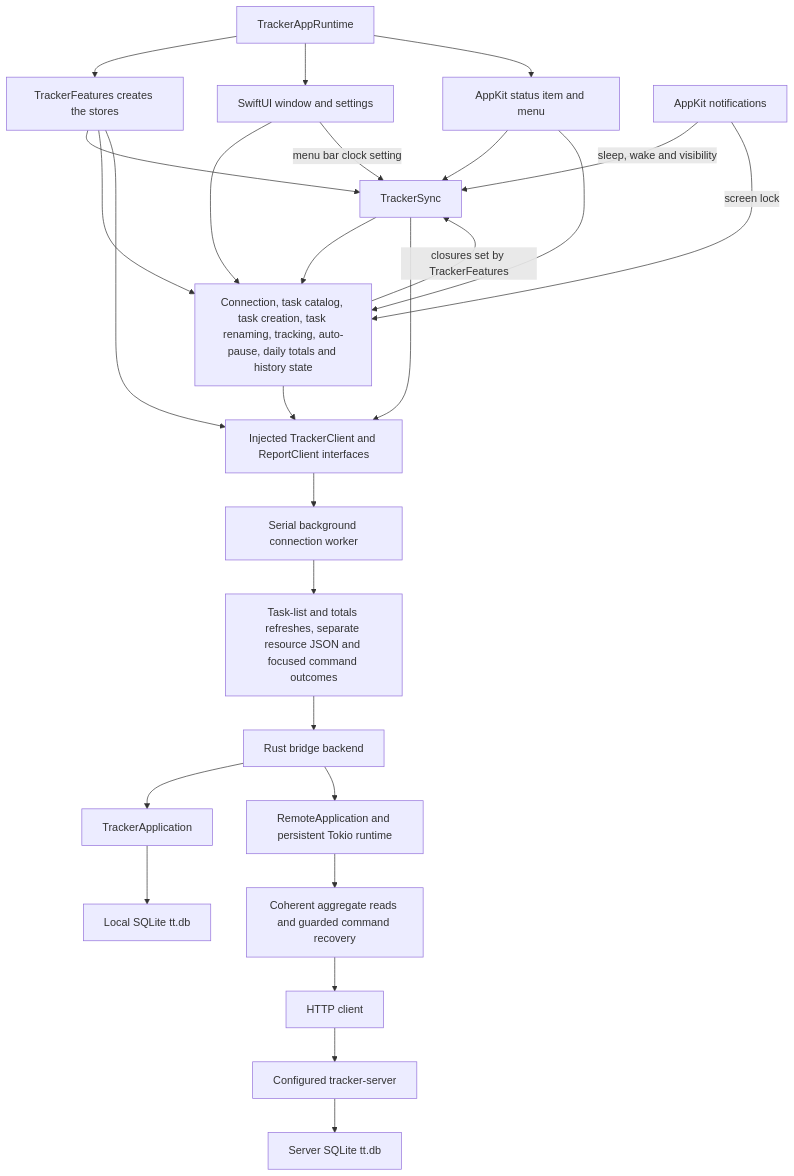
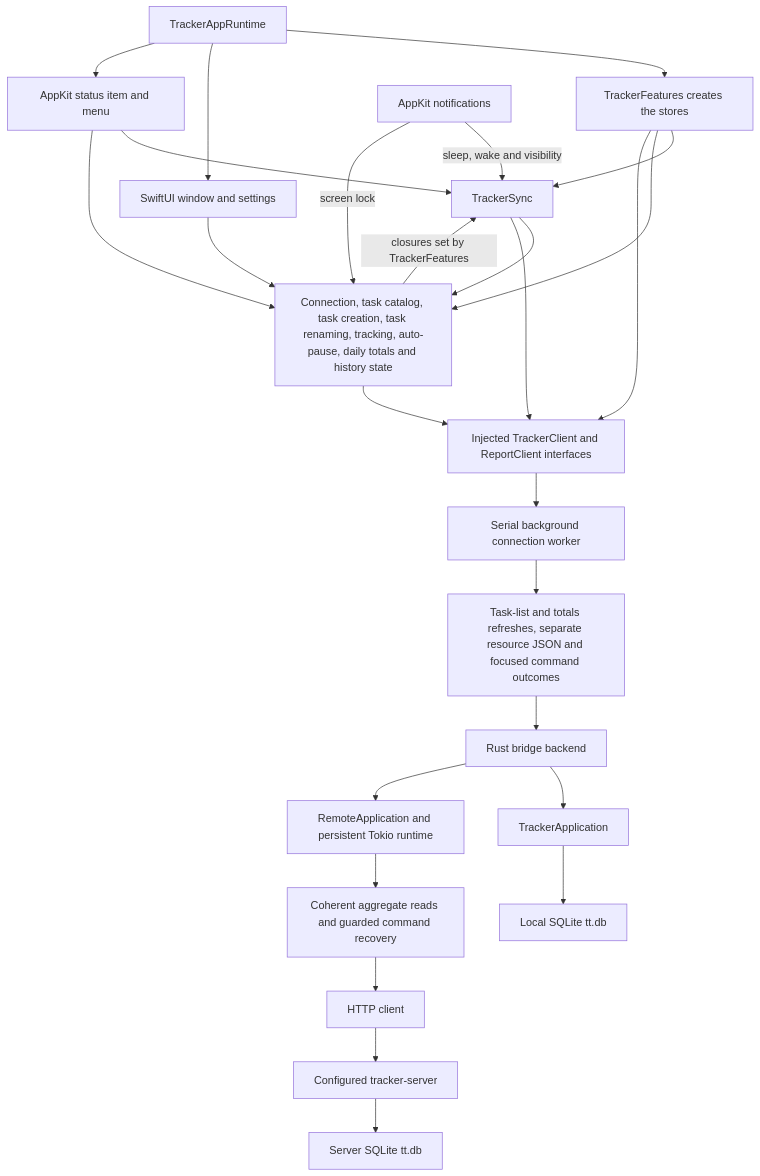
The diagram in apps/swiftui/README.md (remshams/time-tracker), drawn with Mermaid before and after one commit. The commit also changed other lines of this file, not shown here.

Commit message:
docs(SwiftUIApp): describe the menu bar clock, the connection reset and showTask in their stores

````diff
--- a/apps/swiftui/README.md
+++ b/apps/swiftui/README.md
@@ -291,26 +291,25 @@
 ```mermaid
 flowchart TD
     Runtime[TrackerAppRuntime] --> TrackerFeatures[TrackerFeatures creates the stores]
     Runtime --> UI[SwiftUI window and settings]
     Runtime --> Menu[AppKit status item and menu]
     Menu --> Sync[TrackerSync]
     Menu --> Features
     UI --> Features
-    UI -->|menu bar clock setting| Sync
     TrackerFeatures --> Sync
     Features -->|closures set by TrackerFeatures| Sync
     TrackerFeatures & Sync --> Features[Connection, task catalog, task creation, task renaming, tracking, auto-pause, daily totals and history state]
     Lifecycle[AppKit notifications] -->|sleep, wake and visibility| Sync
     Lifecycle -->|screen lock| Features
     TrackerFeatures & Sync & Features --> Port[Injected TrackerClient and ReportClient interfaces]
     Port --> Worker[Serial background connection worker]
     Worker --> ABI[Task-list and totals refreshes, separate resource JSON and focused command outcomes]
     ABI --> Backend[Rust bridge backend]
     Backend --> Local[TrackerApplication]
     Local --> DB[Local SQLite tt.db]
     Backend --> Remote[RemoteApplication and persistent Tokio runtime]
     Remote --> Coordinator[Coherent aggregate reads and guarded command recovery]
     Coordinator --> HTTP[HTTP client]
     HTTP --> Server[Configured tracker-server]
     Server --> ServerDB[Server SQLite tt.db]
 ```
````
